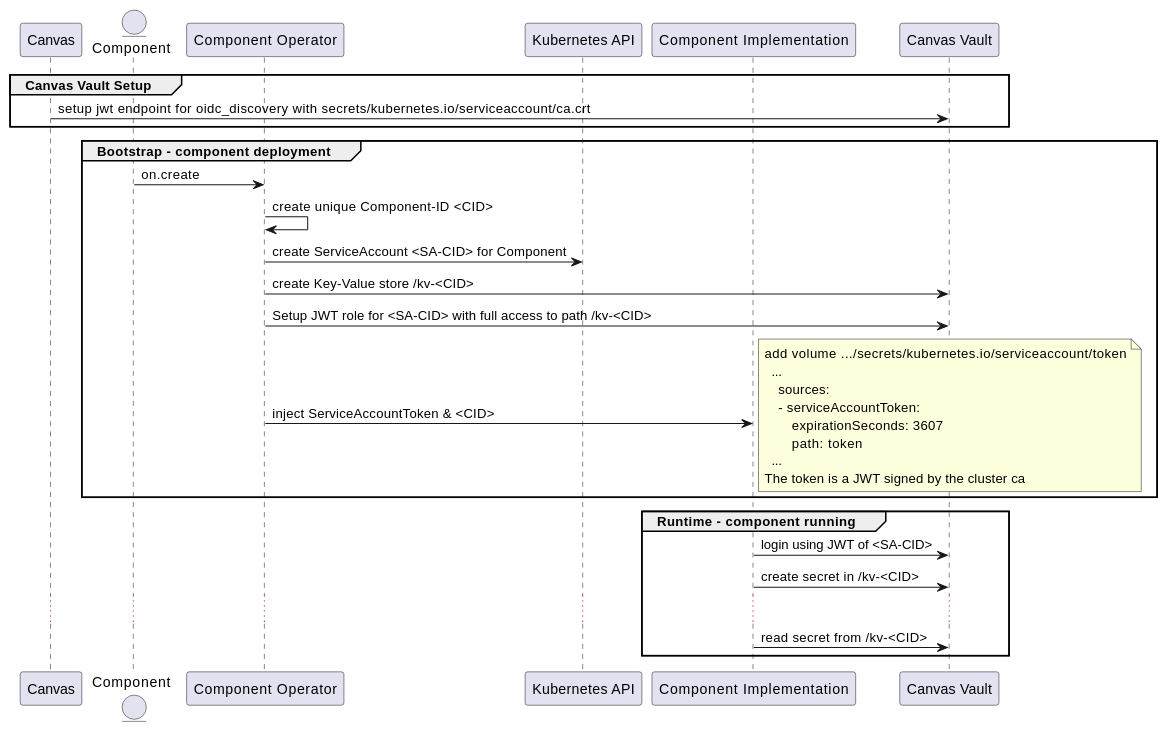
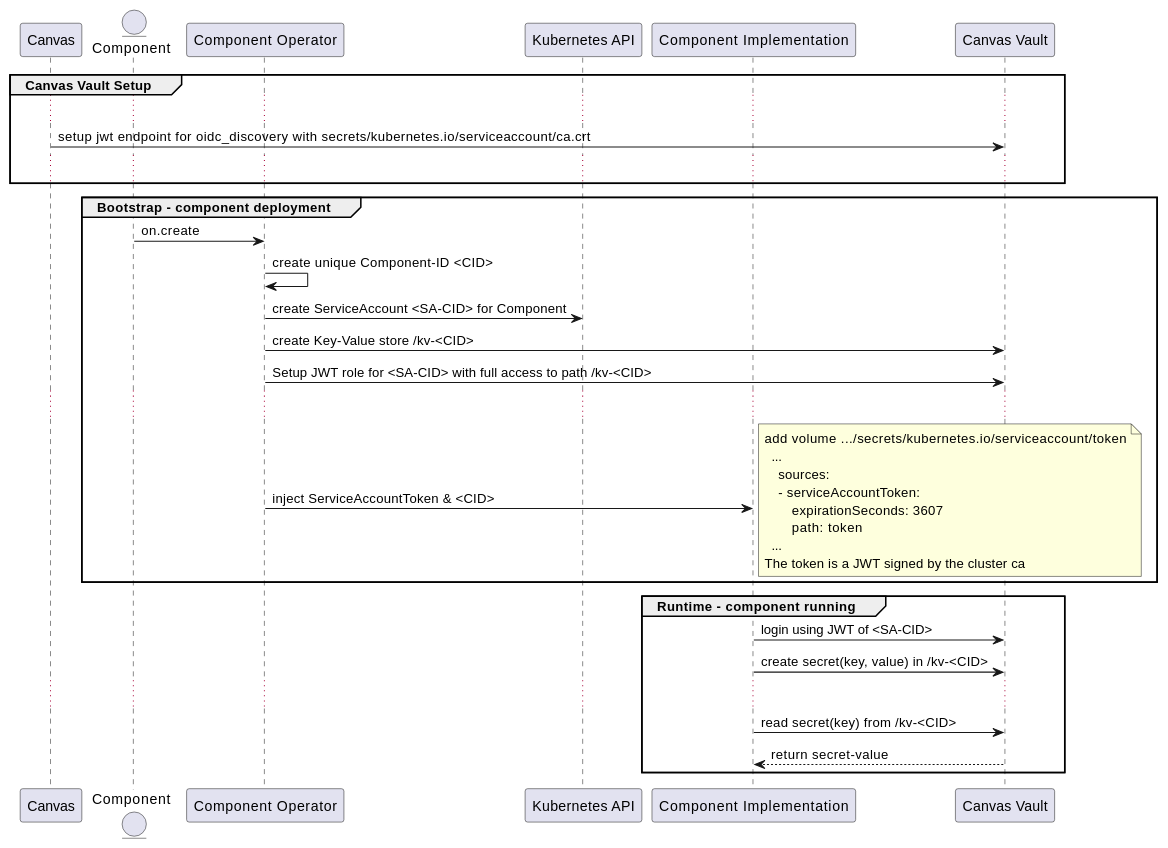
One commit to tmforum-oda/oda-canvas changed the first of 2 diagrams in usecase-library/UC0XX-Component-Vault.md. Above: the diagram before and after it, drawn with PlantUML. The commit also changed other lines of this file, not shown here.

Commit message:
added diagram for SideCar.

```diff
--- a/usecase-library/UC0XX-Component-Vault.md
+++ b/usecase-library/UC0XX-Component-Vault.md
@@ -60,41 +61,45 @@
 @startuml
 
 participant Canvas as "Canvas"
 entity Component
 participant "Component Operator" as ComponentOperator
 participant "Kubernetes API" as KubernetesAPI
 participant "Component Implementation" as ComponentImplementation
 participant CanvasVault as "Canvas Vault"
 
 
 group Canvas Vault Setup 
+    ...
 	Canvas -> CanvasVault : setup jwt endpoint for oidc_discovery with secrets/kubernetes.io/serviceaccount/ca.crt
+	...
 end group
 
 group Bootstrap - component deployment
 	Component -> ComponentOperator : on.create
 	ComponentOperator -> ComponentOperator : create unique Component-ID <CID>
 	ComponentOperator -> KubernetesAPI : create ServiceAccount <SA-CID> for Component
 	ComponentOperator -> CanvasVault : create Key-Value store /kv-<CID>
 	ComponentOperator -> CanvasVault : Setup JWT role for <SA-CID> with full access to path /kv-<CID>
+	...
 	ComponentOperator -> ComponentImplementation : inject ServiceAccountToken & <CID>
 	note right
 	  add volume .../secrets/kubernetes.io/serviceaccount/token
 	    ...
 	      sources:
 	      - serviceAccountToken:
 	          expirationSeconds: 3607
 	          path: token
 	    ...
 	  The token is a JWT signed by the cluster ca
     end note
 end group
 
 group Runtime - component running
 	ComponentImplementation -> CanvasVault : login using JWT of <SA-CID>
-	ComponentImplementation -> CanvasVault : create secret in /kv-<CID>
+	ComponentImplementation -> CanvasVault : create secret(key, value) in /kv-<CID>
 	...
-	ComponentImplementation -> CanvasVault : read secret from /kv-<CID>
+	ComponentImplementation -> CanvasVault : read secret(key) from /kv-<CID>
+	ComponentImplementation  <-- CanvasVault : return secret-value
 end group
 
 @enduml
```
